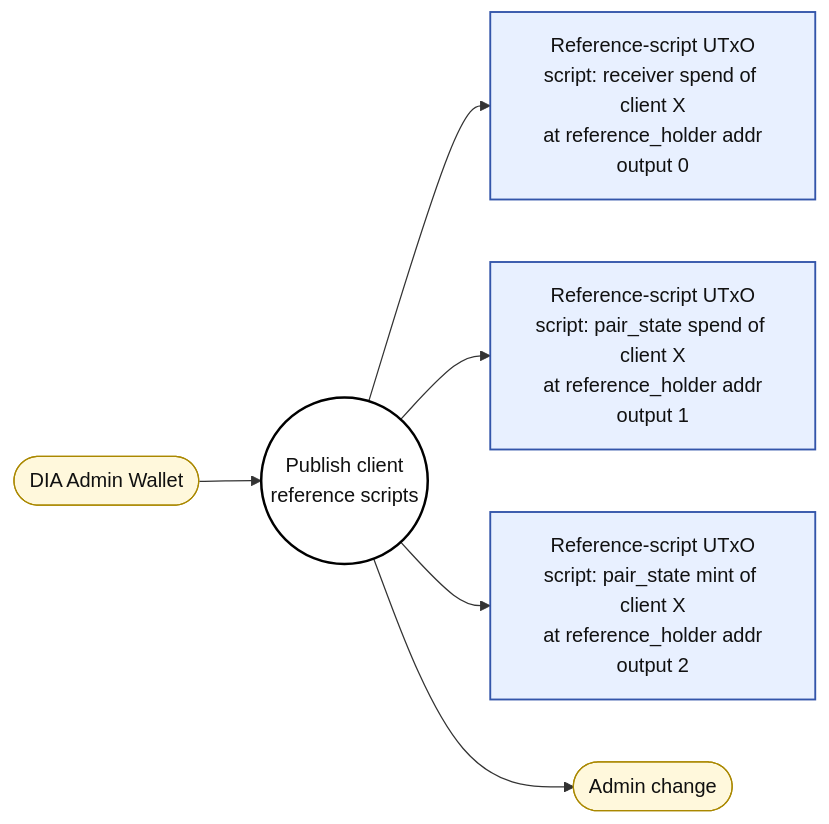
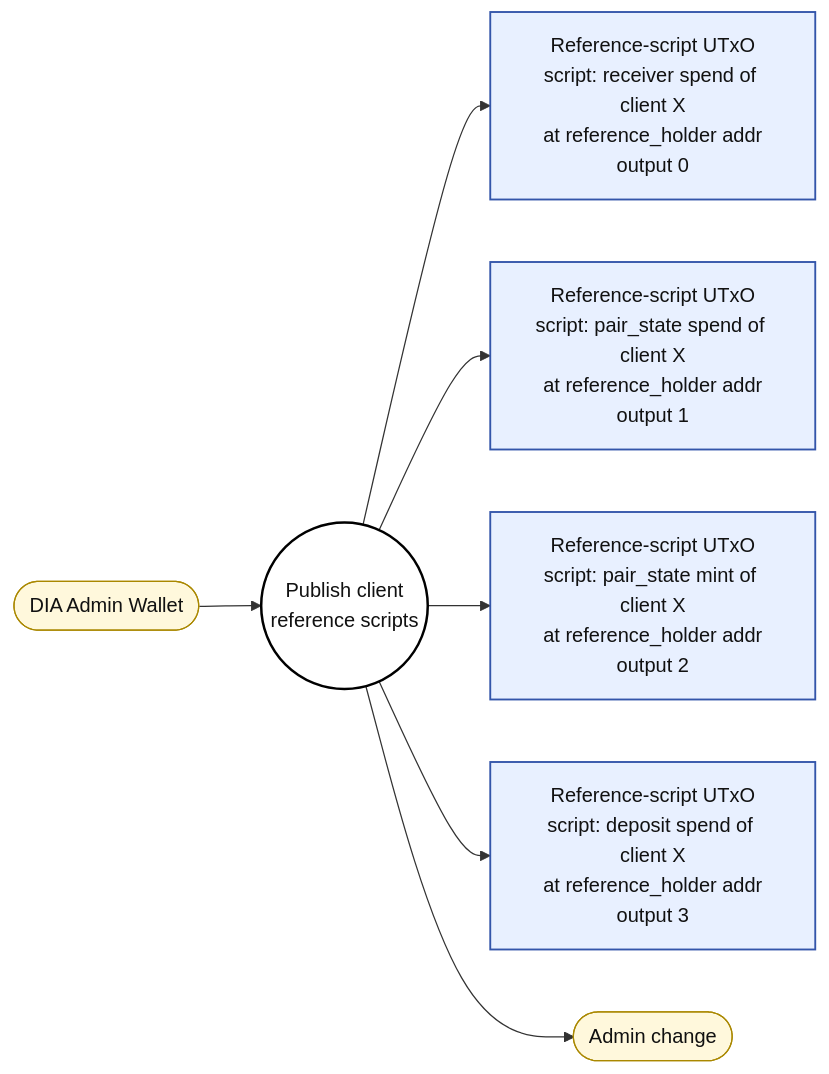
The third of 17 diagrams in docs/architecture/cardano-oracle-architecture.md (diadata-org/dia-cardano-oracle), drawn with Mermaid before and after one commit. The commit also changed other lines of this file and 7 other files, not shown here.

First line of the commit message:
docs: clarify feeder persistence and funding architecture

````diff
--- a/docs/architecture/cardano-oracle-architecture.md
+++ b/docs/architecture/cardano-oracle-architecture.md
@@ -146,15 +150,16 @@
 ```mermaid
 flowchart LR
   Admin([DIA Admin Wallet]):::wallet
 
   Admin --> TX((Publish client<br/>reference scripts)):::tx
 
   TX --> RSR[Reference-script UTxO<br/>script: receiver spend of client X<br/>at reference_holder addr<br/>output 0]:::script
   TX --> RSP[Reference-script UTxO<br/>script: pair_state spend of client X<br/>at reference_holder addr<br/>output 1]:::script
   TX --> RSM[Reference-script UTxO<br/>script: pair_state mint of client X<br/>at reference_holder addr<br/>output 2]:::script
+  TX --> RSD[Reference-script UTxO<br/>script: deposit spend of client X<br/>at reference_holder addr<br/>output 3]:::script
   TX --> Change([Admin change]):::wallet
 
   classDef wallet fill:#fff8dc,stroke:#aa8800,color:#111
   classDef script fill:#e8f0ff,stroke:#3355aa,stroke-width:1.5px,color:#111
   classDef tx fill:#ffffff,stroke:#000,stroke-width:2px,color:#111
 ```
````
